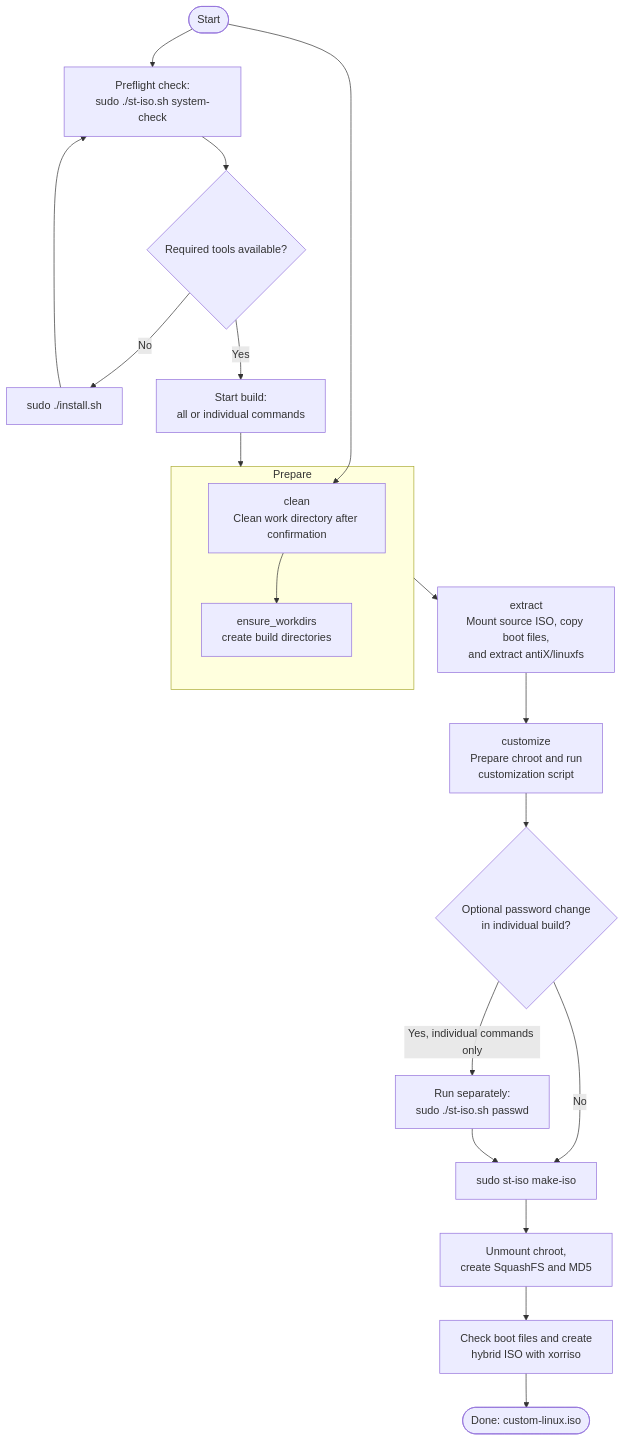
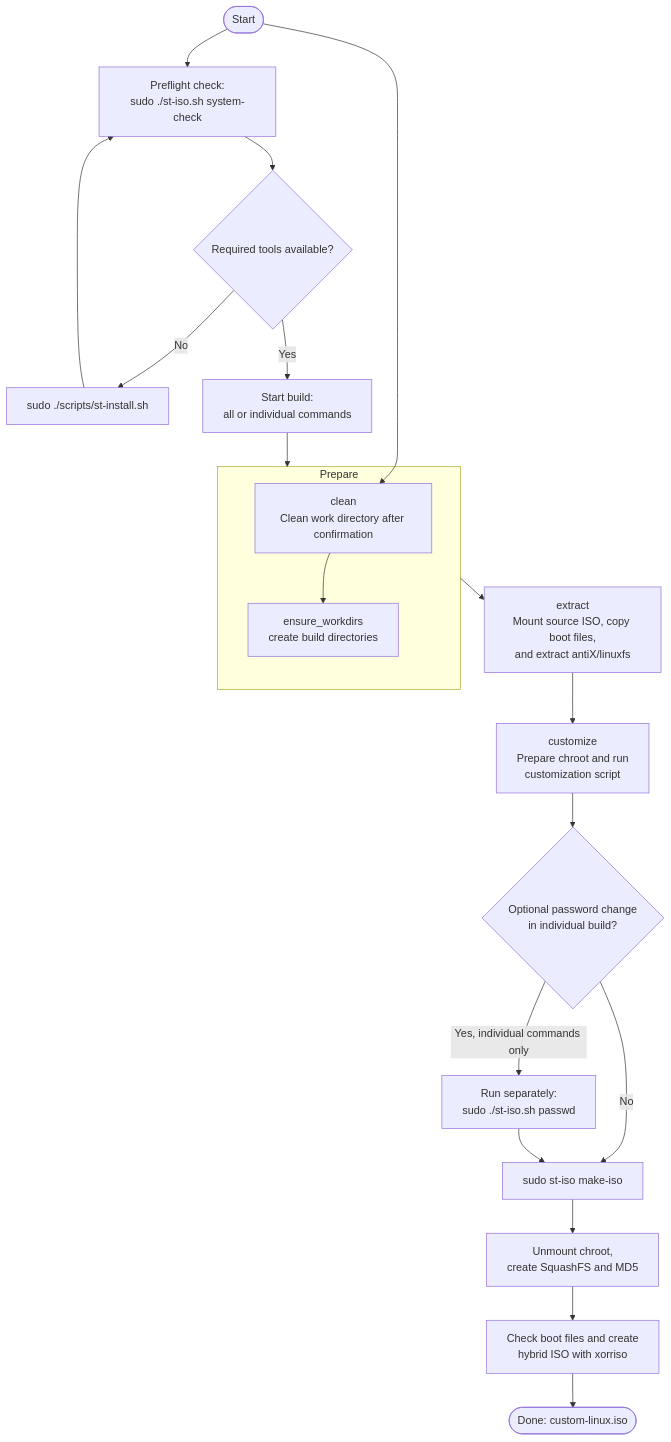
The second of 2 diagrams in DOC-MANUAL.md (mr-4and3/livelinux), drawn with Mermaid before and after one commit. The commit also changed other lines of this file and 5 other files, not shown here.

````diff
--- a/DOC-MANUAL.md
+++ b/DOC-MANUAL.md
@@ -130,28 +130,28 @@
 ```mermaid
 flowchart TD
 
     subgraph Prepare[Prepare]
         Clean["clean<br>Clean work directory after confirmation"]
 
         EnsureWorkDir["ensure_workdirs<br>create build directories"]
         Clean --> EnsureWorkDir
     end
 
 
     Start([Start]) --> Systemcheck["Preflight check:<br/>sudo ./st-iso.sh system-check"]
     Start --> Clean
     Systemcheck --> QReqTool{Required tools available?}
-    QReqTool -- No --> Install["sudo ./install.sh"]
+    QReqTool -- No --> Install["sudo ./scripts/st-install.sh"]
     Install --> Systemcheck
     QReqTool -- Yes --> StartBuild["Start build:<br/>all or individual commands"]
     StartBuild --> Prepare
     Prepare --> Extract["extract<br/>Mount source ISO, copy boot files,<br/>and extract antiX/linuxfs"]
     Extract --> Customize["customize<br/>Prepare chroot and run<br/>customization script"]
     Customize --> QPassword{Optional password change<br/>in individual build?}
     QPassword -- Yes, individual commands only --> SetPassword["Run separately:<br/>sudo ./st-iso.sh passwd"]
     QPassword -- No --> MakeIso["sudo st-iso make-iso"]
     SetPassword --> MakeIso
     MakeIso --> Umount["Unmount chroot,<br/>create SquashFS and MD5"]
     Umount --> CheckXorriso["Check boot files and create<br/>hybrid ISO with xorriso"]
     CheckXorriso --> Done([Done: custom-linux.iso])
 ```
````
